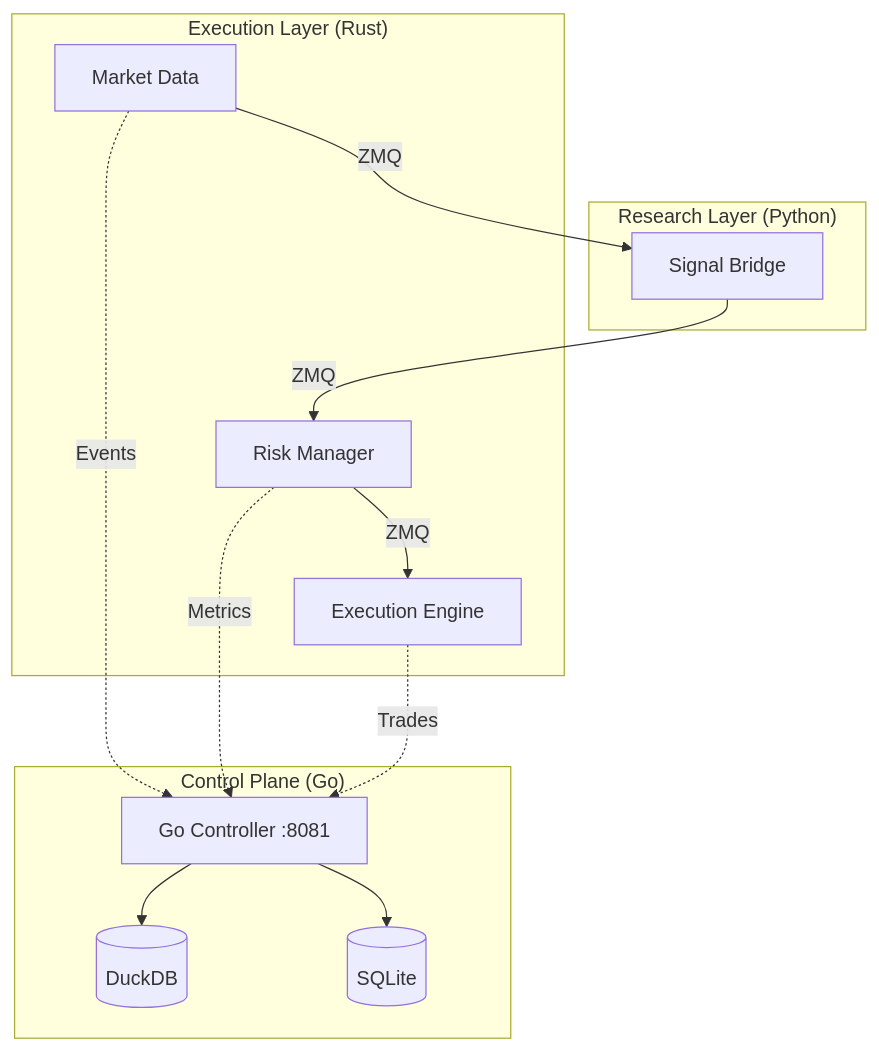
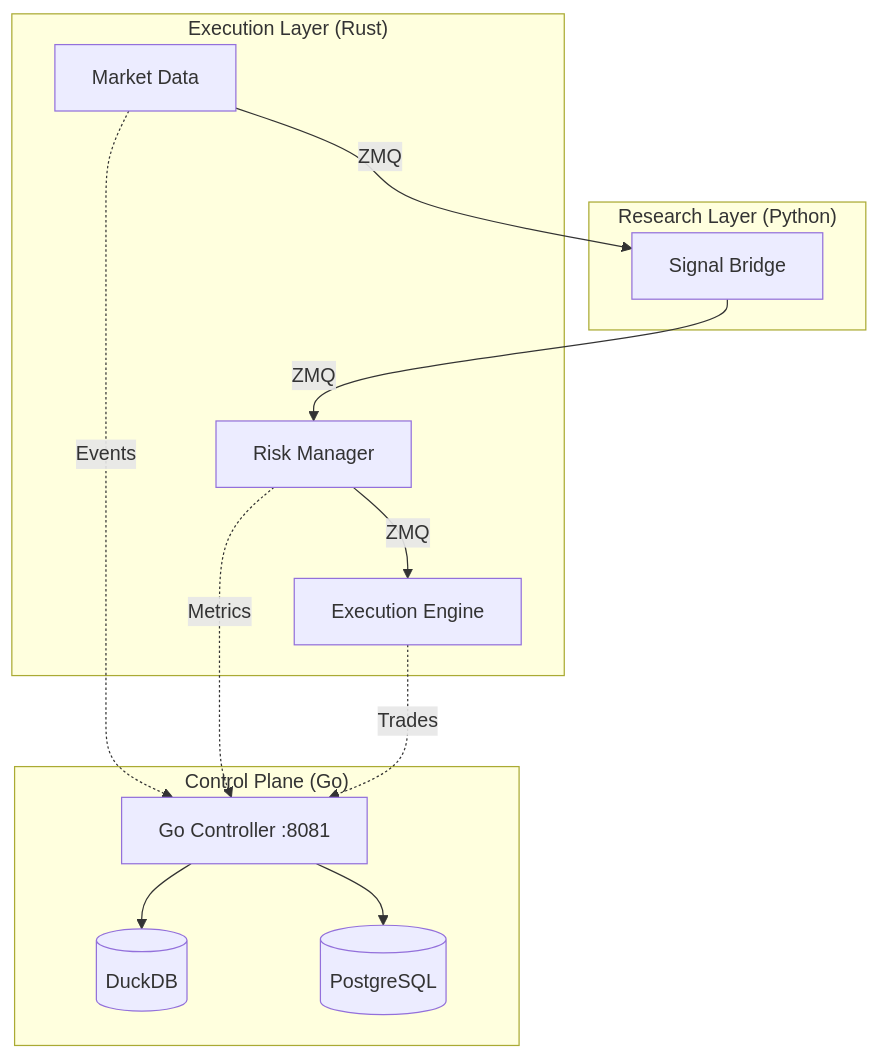
Before and after one commit to namhoangdev31/RustAlgorithmTrading: the diagram in docs/observability/OBSERVABILITY_OVERVIEW.md, drawn with Mermaid. The commit also changed other lines of this file and 47 other files, not shown here.

Commit message:
refactor: replace SQLite with PostgreSQL as the transactional storage provider across the entire codebase and documentation

````diff
--- a/docs/observability/OBSERVABILITY_OVERVIEW.md
+++ b/docs/observability/OBSERVABILITY_OVERVIEW.md
@@ -32,29 +32,29 @@
 ```mermaid
 graph TD
     subgraph "Execution Layer (Rust)"
         MD[Market Data]
         RM[Risk Manager]
         EE[Execution Engine]
     end
 
     subgraph "Research Layer (Python)"
         SB[Signal Bridge]
     end
 
     subgraph "Control Plane (Go)"
         GC[Go Controller :8081]
         DDB[(DuckDB)]
-        SQL[(SQLite)]
+        SQL[(PostgreSQL)]
     end
 
     MD -->|ZMQ| SB
     SB -->|ZMQ| RM
     RM -->|ZMQ| EE
 
     MD -.->|Events| GC
     RM -.->|Metrics| GC
     EE -.->|Trades| GC
 
     GC --> DDB
     GC --> SQL
 ```
````
